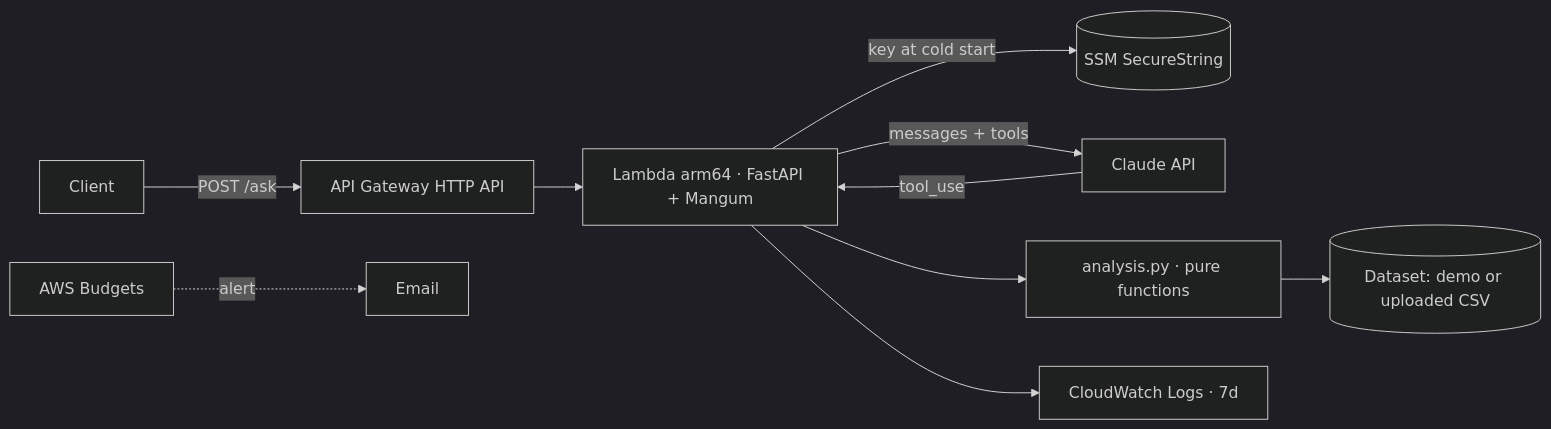
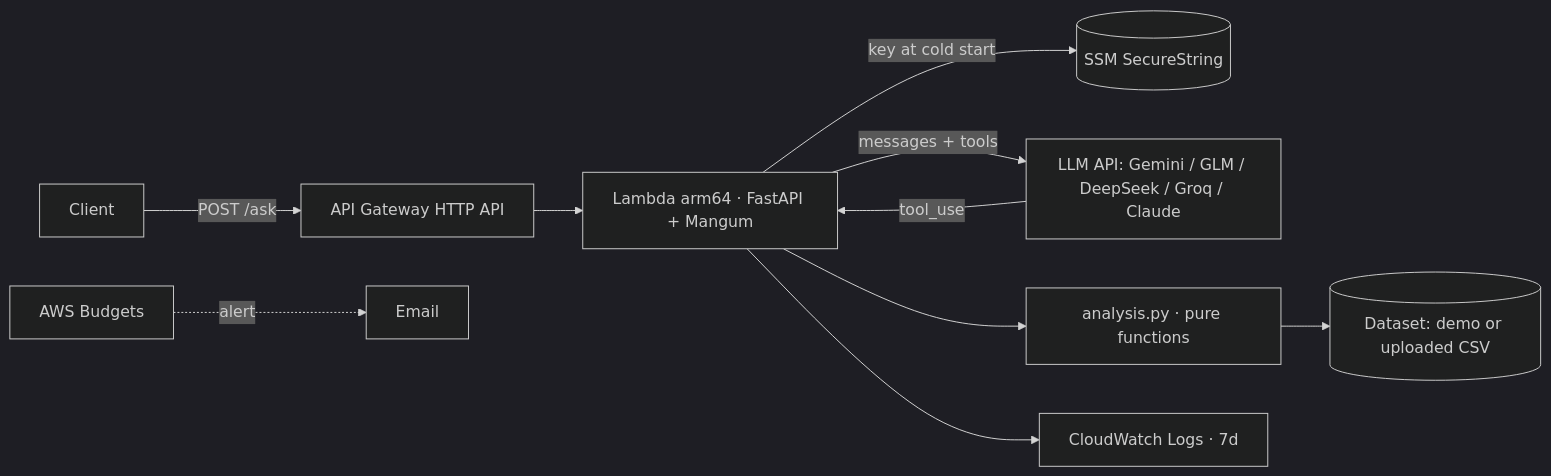
The diagram in README.md (vichelly/spend-agent), drawn with Mermaid (dark theme) before and after one commit. The commit also changed other lines of this file, not shown here.

````diff
--- a/README.md
+++ b/README.md
@@ -26,12 +26,12 @@
 ```mermaid
 flowchart LR
   U[Client] -->|POST /ask| APIGW[API Gateway HTTP API]
   APIGW --> L[Lambda arm64 · FastAPI + Mangum]
   L -->|key at cold start| SSM[(SSM SecureString)]
-  L -->|messages + tools| C[Claude API]
+  L -->|messages + tools| C[LLM API: Gemini / GLM / DeepSeek / Groq / Claude]
   C -->|tool_use| L
   L --> T[analysis.py · pure functions]
   T --> D[(Dataset: demo or uploaded CSV)]
   L --> CW[CloudWatch Logs · 7d]
   B[AWS Budgets] -. alert .-> E[Email]
 ```
````
